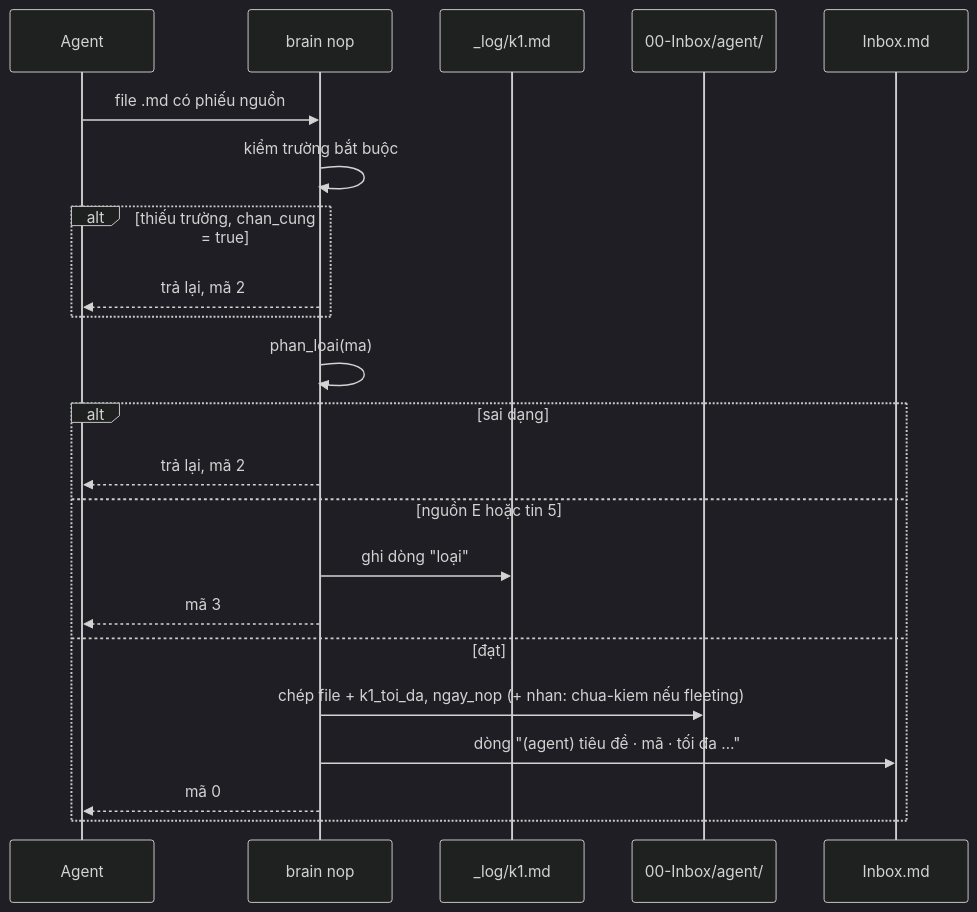
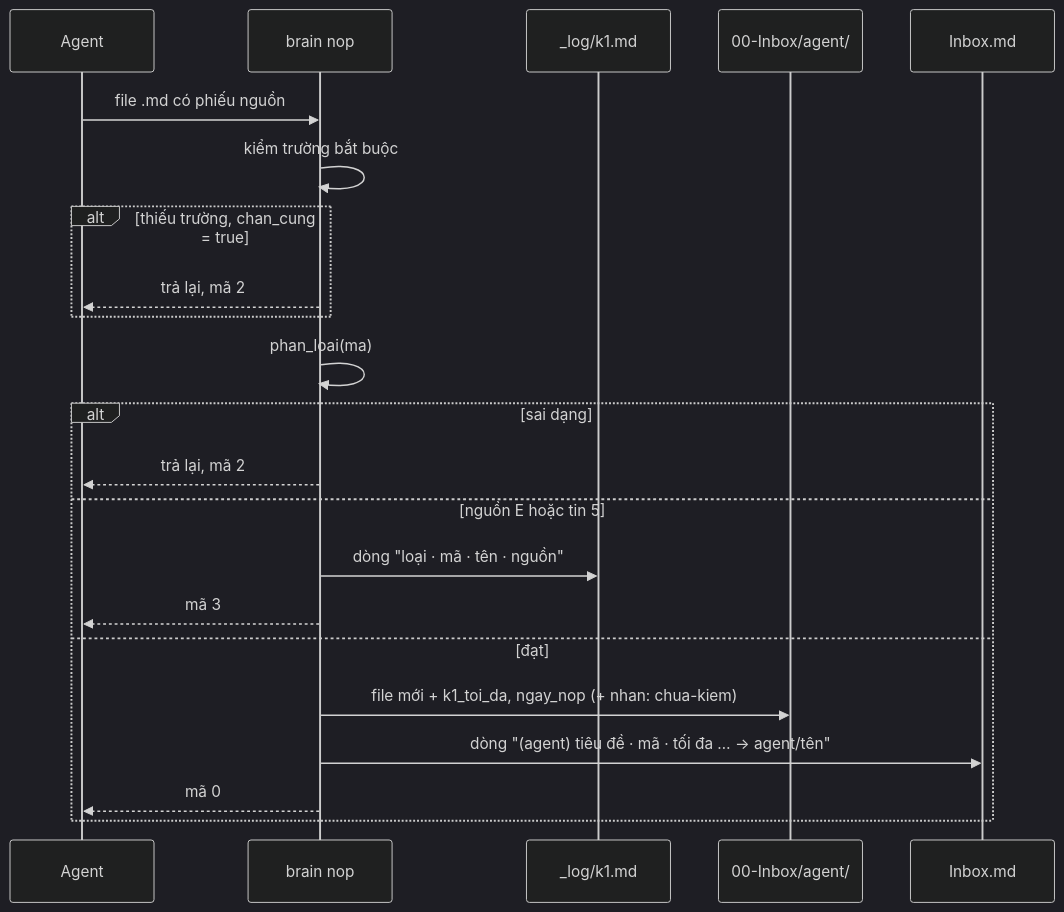
Before and after one commit to DaveTran243/Brain_Standard: the fourth of 9 diagrams in docs/kien-truc-he-thong.md, drawn with Mermaid (dark theme). The commit also changed other lines of this file and 1 other file, not shown here.

````diff
--- a/docs/kien-truc-he-thong.md
+++ b/docs/kien-truc-he-thong.md
@@ -212,24 +375,24 @@
 ```mermaid
 sequenceDiagram
   participant A as Agent
   participant C as brain nop
   participant L as _log/k1.md
   participant AI as 00-Inbox/agent/
   participant I as Inbox.md
   A->>C: file .md có phiếu nguồn
   C->>C: kiểm trường bắt buộc
   alt thiếu trường, chan_cung = true
     C-->>A: trả lại, mã 2
   end
   C->>C: phan_loai(ma)
   alt sai dạng
     C-->>A: trả lại, mã 2
   else nguồn E hoặc tin 5
-    C->>L: ghi dòng "loại"
+    C->>L: dòng "loại · mã · tên · nguồn"
     C-->>A: mã 3
   else đạt
-    C->>AI: chép file + k1_toi_da, ngay_nop (+ nhan: chua-kiem nếu fleeting)
-    C->>I: dòng "(agent) tiêu đề · mã · tối đa …"
+    C->>AI: file mới + k1_toi_da, ngay_nop (+ nhan: chua-kiem)
+    C->>I: dòng "(agent) tiêu đề · mã · tối đa … → agent/tên"
     C-->>A: mã 0
   end
 ```
````
